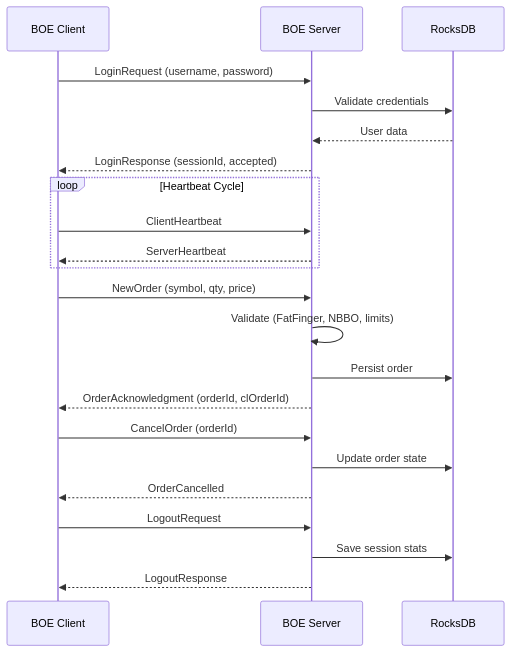
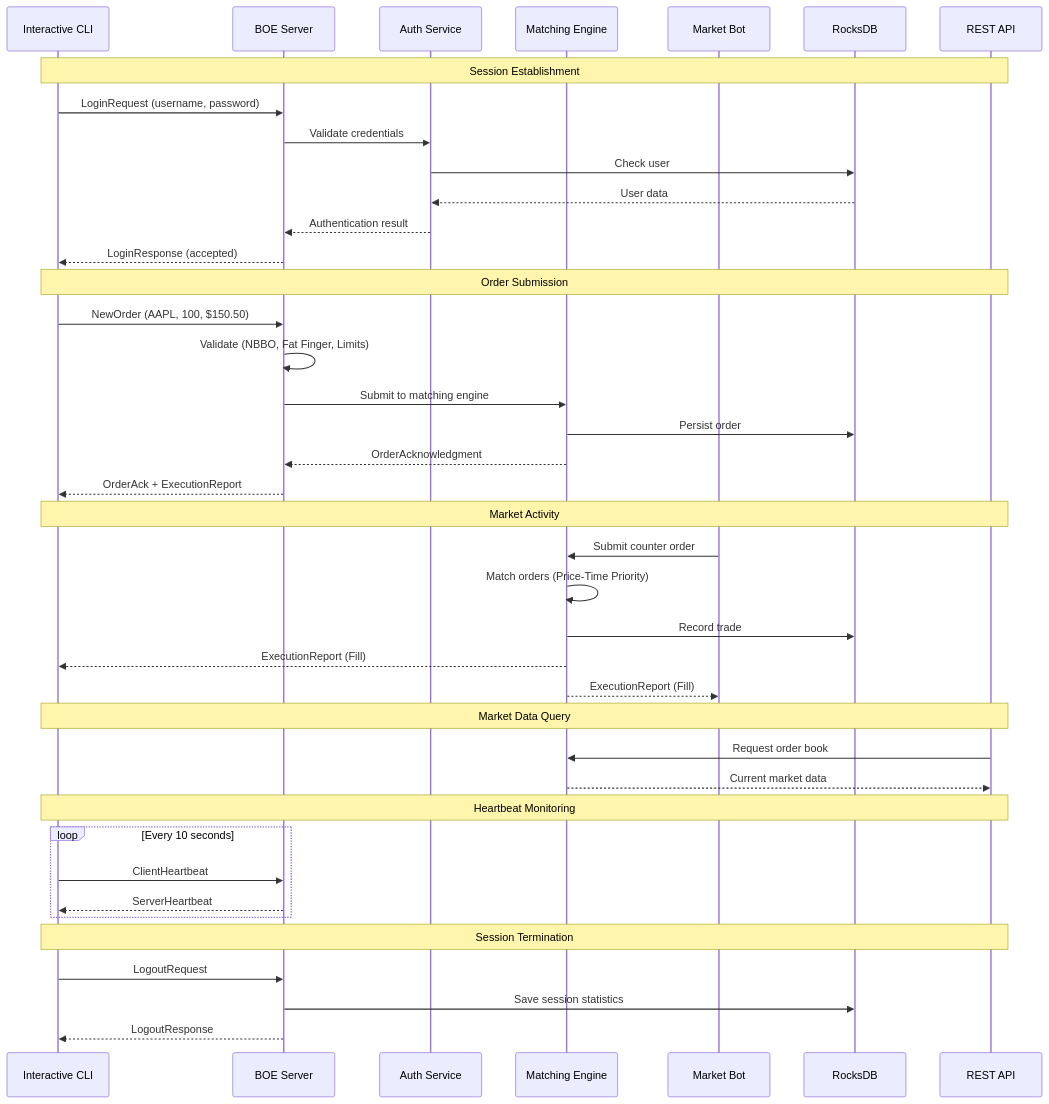
The diagram in README.md (YmidOrtega/TitaniumBOE-Sim), drawn with Mermaid before and after one commit. The commit also changed other lines of this file, not shown here.

````diff
--- a/README.md
+++ b/README.md
@@ -85,29 +150,48 @@
 ```mermaid
 sequenceDiagram
-    participant Client as BOE Client
+    participant CLI as Interactive CLI
     participant Server as BOE Server
+    participant Auth as Auth Service
+    participant Engine as Matching Engine
+    participant Bot as Market Bot
     participant DB as RocksDB
+    participant API as REST API
     
-    Client->>Server: LoginRequest (username, password)
-    Server->>DB: Validate credentials
-    DB-->>Server: User data
-    Server-->>Client: LoginResponse (sessionId, accepted)
+    Note over CLI,API: Session Establishment
+    CLI->>Server: LoginRequest (username, password)
+    Server->>Auth: Validate credentials
+    Auth->>DB: Check user
+    DB-->>Auth: User data
+    Auth-->>Server: Authentication result
+    Server-->>CLI: LoginResponse (accepted)
     
-    loop Heartbeat Cycle
-        Client->>Server: ClientHeartbeat
-        Server-->>Client: ServerHeartbeat
+    Note over CLI,API: Order Submission
+    CLI->>Server: NewOrder (AAPL, 100, $150.50)
+    Server->>Server: Validate (NBBO, Fat Finger, Limits)
+    Server->>Engine: Submit to matching engine
+    Engine->>DB: Persist order
+    Engine-->>Server: OrderAcknowledgment
+    Server-->>CLI: OrderAck + ExecutionReport
+    
+    Note over CLI,API: Market Activity
+    Bot->>Engine: Submit counter order
+    Engine->>Engine: Match orders (Price-Time Priority)
+    Engine->>DB: Record trade
+    Engine-->>CLI: ExecutionReport (Fill)
+    Engine-->>Bot: ExecutionReport (Fill)
+    
+    Note over CLI,API: Market Data Query
+    API->>Engine: Request order book
+    Engine-->>API: Current market data
+    
+    Note over CLI,API: Heartbeat Monitoring
+    loop Every 10 seconds
+        CLI->>Server: ClientHeartbeat
+        Server-->>CLI: ServerHeartbeat
     end
     
-    Client->>Server: NewOrder (symbol, qty, price)
-    Server->>Server: Validate (FatFinger, NBBO, limits)
-    Server->>DB: Persist order
-    Server-->>Client: OrderAcknowledgment (orderId, clOrderId)
-    
-    Client->>Server: CancelOrder (orderId)
-    Server->>DB: Update order state
-    Server-->>Client: OrderCancelled
-    
-    Client->>Server: LogoutRequest
-    Server->>DB: Save session stats
-    Server-->>Client: LogoutResponse
+    Note over CLI,API: Session Termination
+    CLI->>Server: LogoutRequest
+    Server->>DB: Save session statistics
+    Server-->>CLI: LogoutResponse
 ```
````
